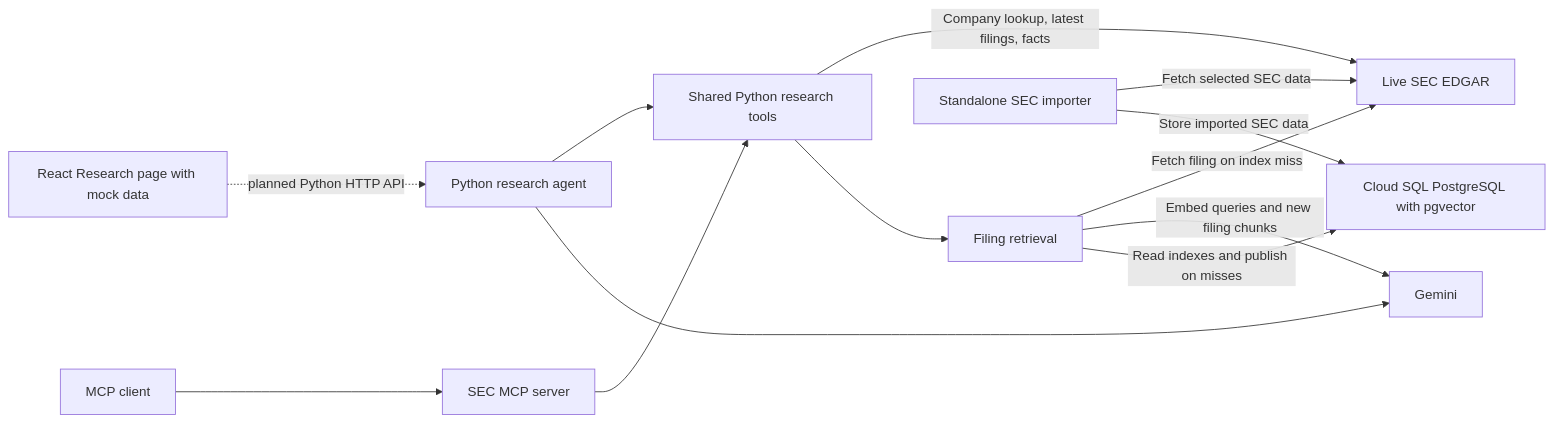
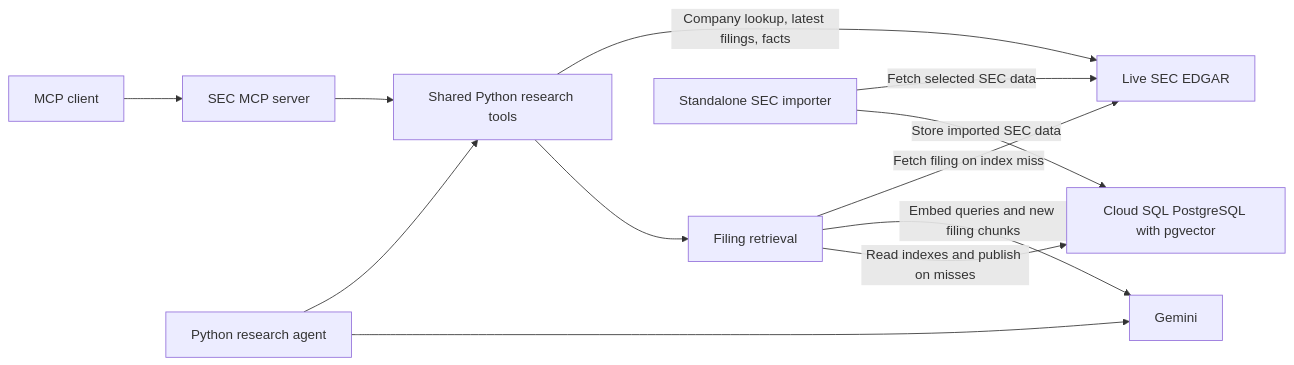
The diagram in docs/ARCHITECTURE.md (Fabriciom2205/CSE-4095), drawn with Mermaid before and after one commit. The commit also changed other lines of this file and 120 other files, not shown here.

Commit message:
Build the research API and audited paper trading backend

````diff
--- a/docs/ARCHITECTURE.md
+++ b/docs/ARCHITECTURE.md
@@ -15,15 +16,14 @@
 ```mermaid
 flowchart LR
-    UI["React Research page with mock data"] -. "planned Python HTTP API" .-> Agent["Python research agent"]
     Client["MCP client"] --> MCP["SEC MCP server"]
-    Agent --> Tools["Shared Python research tools"]
+    Agent["Python research agent"] --> Tools["Shared Python research tools"]
     MCP --> Tools
     Agent --> Gemini["Gemini"]
     Tools -->|"Company lookup, latest filings, facts"| SEC["Live SEC EDGAR"]
     Tools --> Retrieval["Filing retrieval"]
     Retrieval -->|"Fetch filing on index miss"| SEC
     Retrieval -->|"Embed queries and new filing chunks"| Gemini
     Retrieval -->|"Read indexes and publish on misses"| CloudSQL["Cloud SQL PostgreSQL with pgvector"]
     Importer["Standalone SEC importer"] -->|"Fetch selected SEC data"| SEC
     Importer -->|"Store imported SEC data"| CloudSQL
 ```
````
